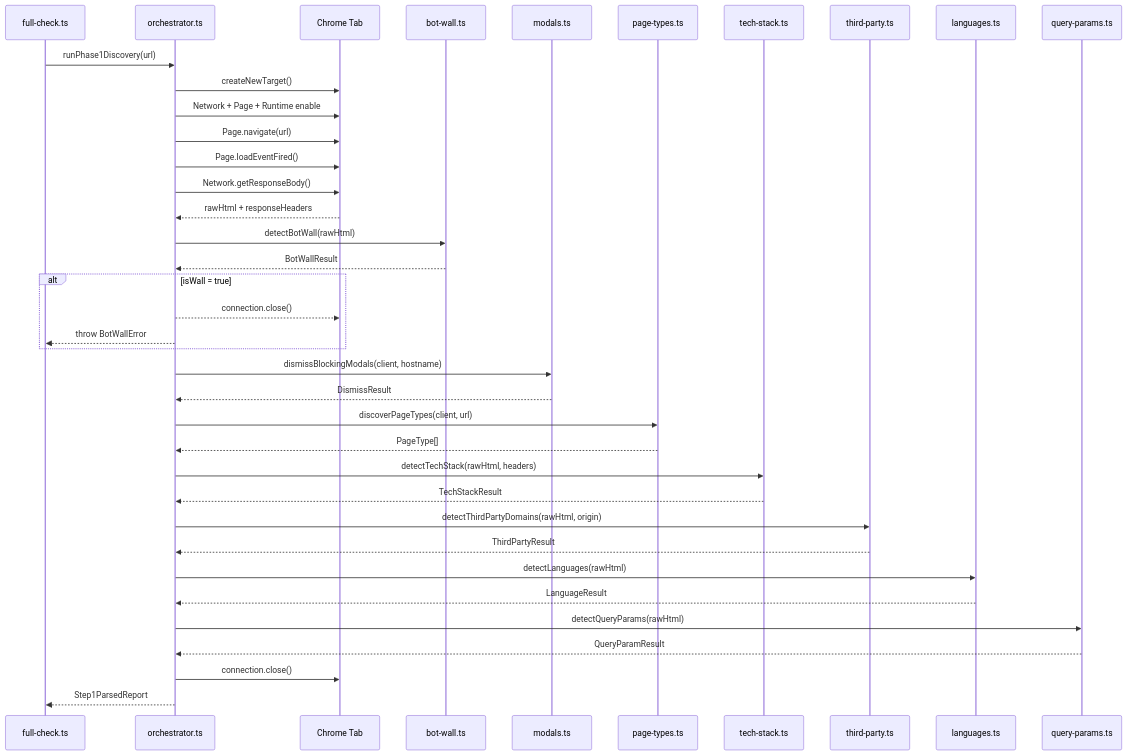
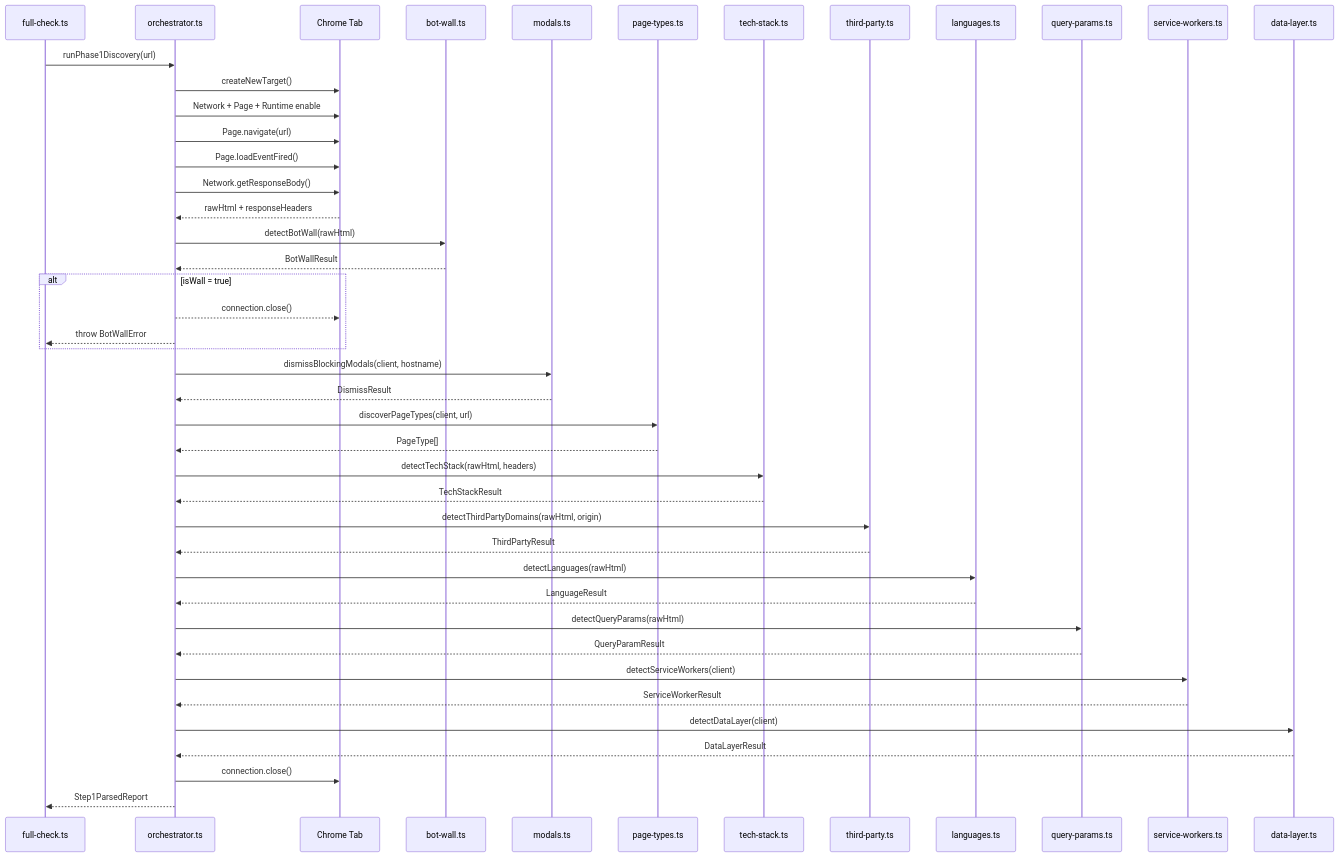
The first of 2 diagrams in docs/discover-phase1/09-runPhase1Discovery.md (BugGreen/ai-prevetting), drawn with Mermaid before and after one commit. The commit also changed other lines of this file and 9 other files, not shown here.

First line of the commit message:
feat(phase1): add service worker and data layer detection via CDP

````diff
--- a/docs/discover-phase1/09-runPhase1Discovery.md
+++ b/docs/discover-phase1/09-runPhase1Discovery.md
@@ -23,50 +23,58 @@
 ```mermaid
 sequenceDiagram
     participant FC as full-check.ts
     participant O as orchestrator.ts
     participant CDP as Chrome Tab
     participant BW as bot-wall.ts
     participant M as modals.ts
     participant PT as page-types.ts
     participant TS as tech-stack.ts
     participant TP as third-party.ts
     participant LG as languages.ts
     participant QP as query-params.ts
+    participant SW as service-workers.ts
+    participant DL as data-layer.ts
 
     FC->>O: runPhase1Discovery(url)
     O->>CDP: createNewTarget()
     O->>CDP: Network + Page + Runtime enable
     O->>CDP: Page.navigate(url)
     O->>CDP: Page.loadEventFired()
     O->>CDP: Network.getResponseBody()
     CDP-->>O: rawHtml + responseHeaders
 
     O->>BW: detectBotWall(rawHtml)
     BW-->>O: BotWallResult
 
     alt isWall = true
         O-->>CDP: connection.close()
         O-->>FC: throw BotWallError
     end
 
     O->>M: dismissBlockingModals(client, hostname)
     M-->>O: DismissResult
 
     O->>PT: discoverPageTypes(client, url)
     PT-->>O: PageType[]
 
     O->>TS: detectTechStack(rawHtml, headers)
     TS-->>O: TechStackResult
 
     O->>TP: detectThirdPartyDomains(rawHtml, origin)
     TP-->>O: ThirdPartyResult
 
     O->>LG: detectLanguages(rawHtml)
     LG-->>O: LanguageResult
 
     O->>QP: detectQueryParams(rawHtml)
     QP-->>O: QueryParamResult
 
+    O->>SW: detectServiceWorkers(client)
+    SW-->>O: ServiceWorkerResult
+
+    O->>DL: detectDataLayer(client)
+    DL-->>O: DataLayerResult
+
     O->>CDP: connection.close()
     O-->>FC: Step1ParsedReport
 ```
````
